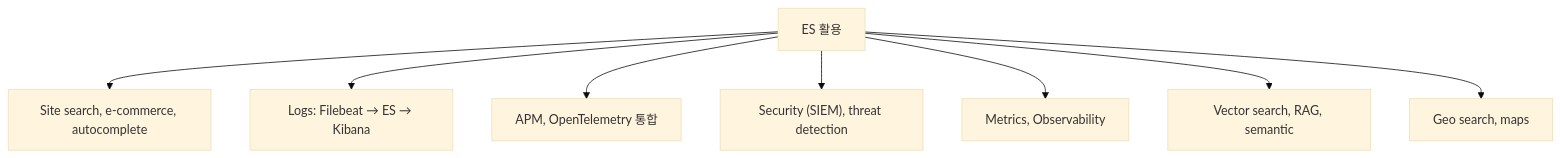
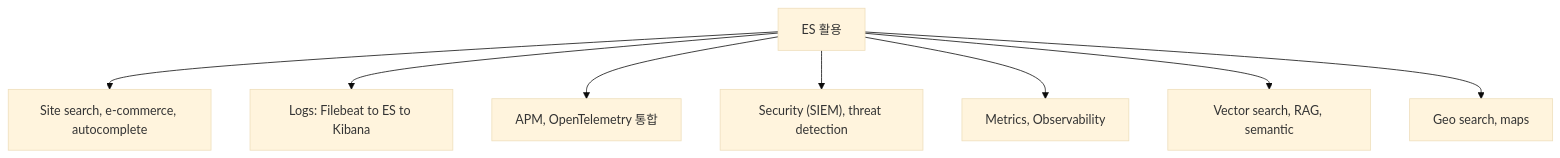
The fifth of 5 diagrams in src/content/wiki/search/elasticsearch.mdx (shinkeonkim/shinkeonkim.github.io), drawn with Mermaid (base theme) before and after one commit. The commit also changed other lines of this file and 526 other files, not shown here.

First line of the commit message:
content(wiki): 전수조사 및 대규모 보강 (짧은 파일 0, mermaid +645)

````diff
--- a/src/content/wiki/search/elasticsearch.mdx
+++ b/src/content/wiki/search/elasticsearch.mdx
@@ -106,11 +216,11 @@
 ```mermaid
 flowchart TB
     Use[ES 활용]
     Use --> Search[Site search, e-commerce, autocomplete]
-    Use --> Log[Logs: Filebeat → ES → Kibana]
+    Use --> Log[Logs: Filebeat to ES to Kibana]
     Use --> APM[APM, OpenTelemetry 통합]
     Use --> SIEM["Security (SIEM), threat detection"]
     Use --> Metrics[Metrics, Observability]
     Use --> Vector[Vector search, RAG, semantic]
     Use --> Geo[Geo search, maps]
 ```
````
